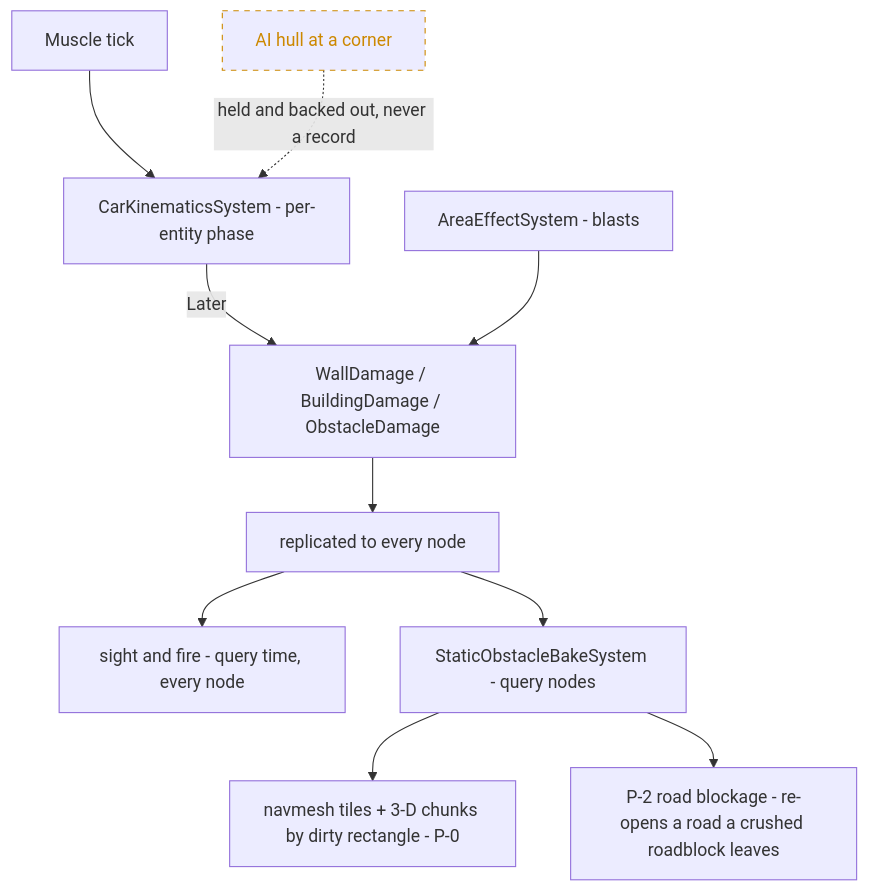
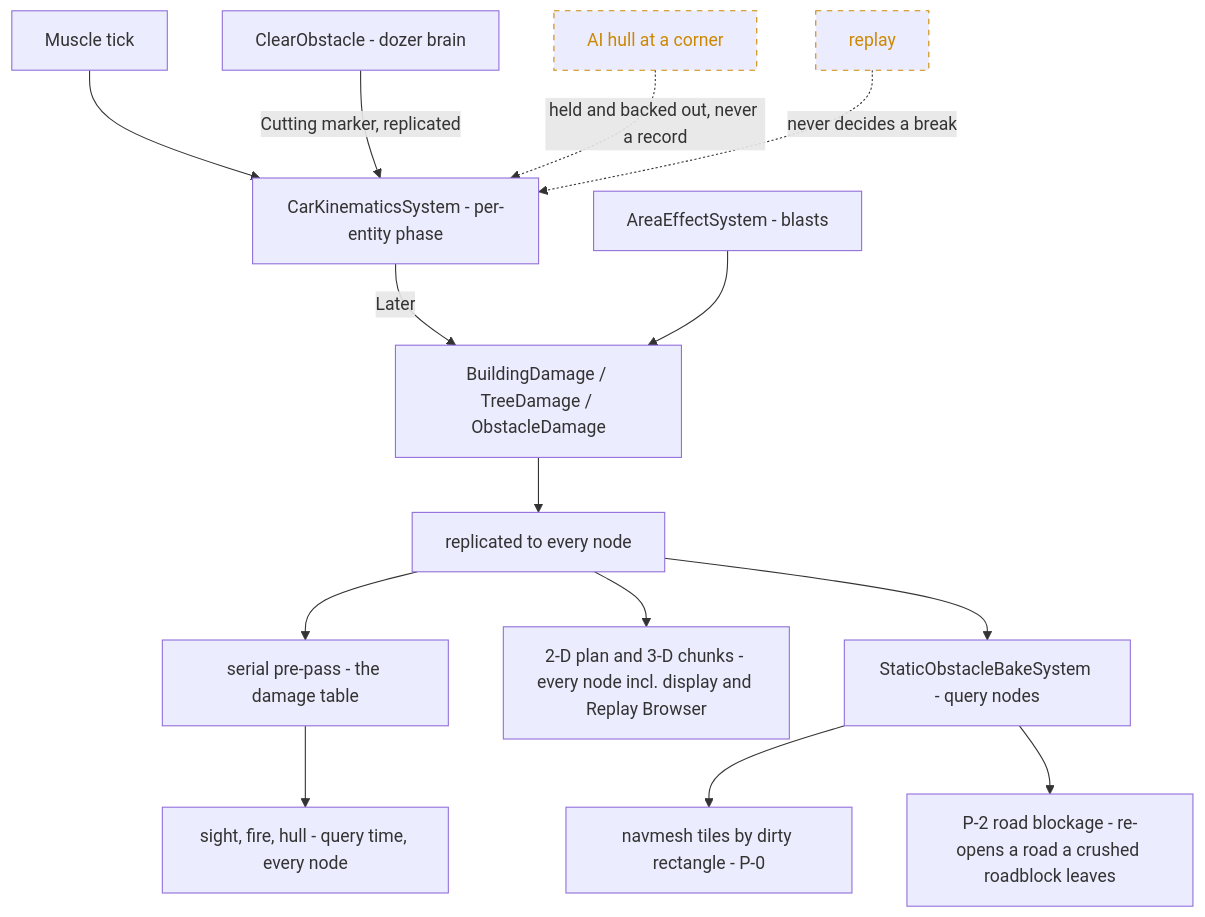
The third of 5 diagrams in docs/DESIGN_Vehicle_Breaching.md (pjanec/HROT), drawn with Mermaid before and after one commit. The commit also changed other lines of this file and 9 other files, not shown here.

````diff
--- a/docs/DESIGN_Vehicle_Breaching.md
+++ b/docs/DESIGN_Vehicle_Breaching.md
@@ -140,13 +172,17 @@
 ```mermaid
 graph TD
   TICK[Muscle tick] --> KIN[CarKinematicsSystem - per-entity phase]
-  KIN -->|Later| WD[WallDamage / BuildingDamage / ObstacleDamage]
-  AE[AreaEffectSystem - blasts] --> WD
-  WD --> REP[replicated to every node]
-  REP --> QRY[sight and fire - query time, every node]
+  KIN -->|Later| BD[BuildingDamage / TreeDamage / ObstacleDamage]
+  DOZ[ClearObstacle - dozer brain] -->|Cutting marker, replicated| KIN
+  AE[AreaEffectSystem - blasts] --> BD
+  BD --> REP[replicated to every node]
+  REP --> PRE[serial pre-pass - the damage table]
+  PRE --> QRY[sight, fire, hull - query time, every node]
+  REP --> DRAW[2-D plan and 3-D chunks - every node incl. display and Replay Browser]
   REP --> BAKE[StaticObstacleBakeSystem - query nodes]
-  BAKE --> NAV[navmesh tiles + 3-D chunks by dirty rectangle - P-0]
+  BAKE --> NAV[navmesh tiles by dirty rectangle - P-0]
   BAKE --> RB[P-2 road blockage - re-opens a road a crushed roadblock leaves]
   AI[AI hull at a corner]:::noop -.held and backed out, never a record.-> KIN
+  REPLAY[replay]:::noop -.never decides a break.-> KIN
   classDef noop stroke:#c80,color:#c80,stroke-dasharray: 5 5
 ```
````
